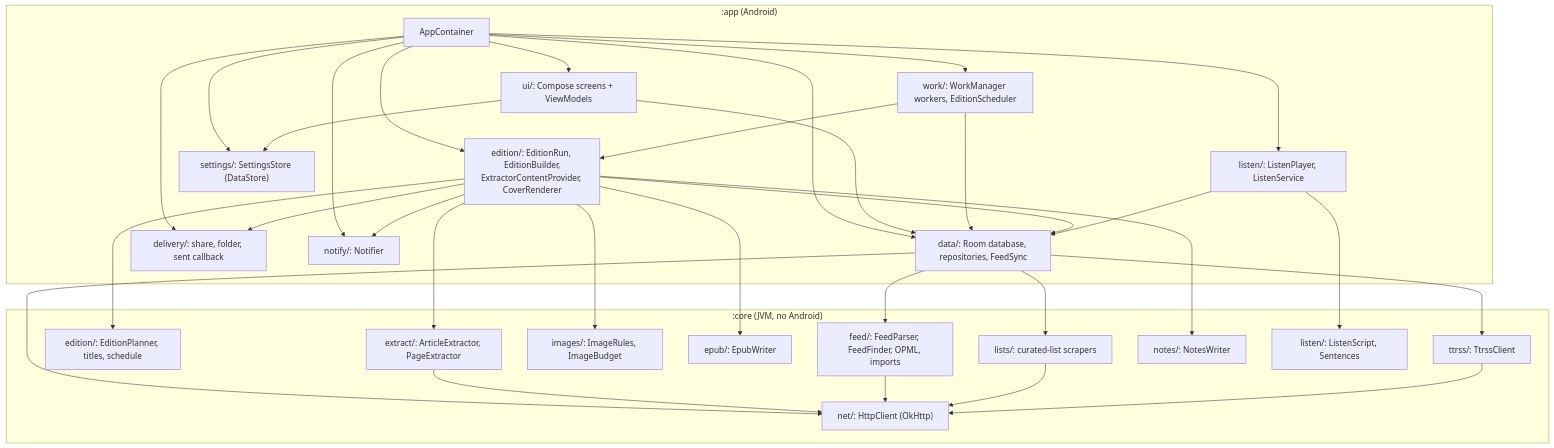
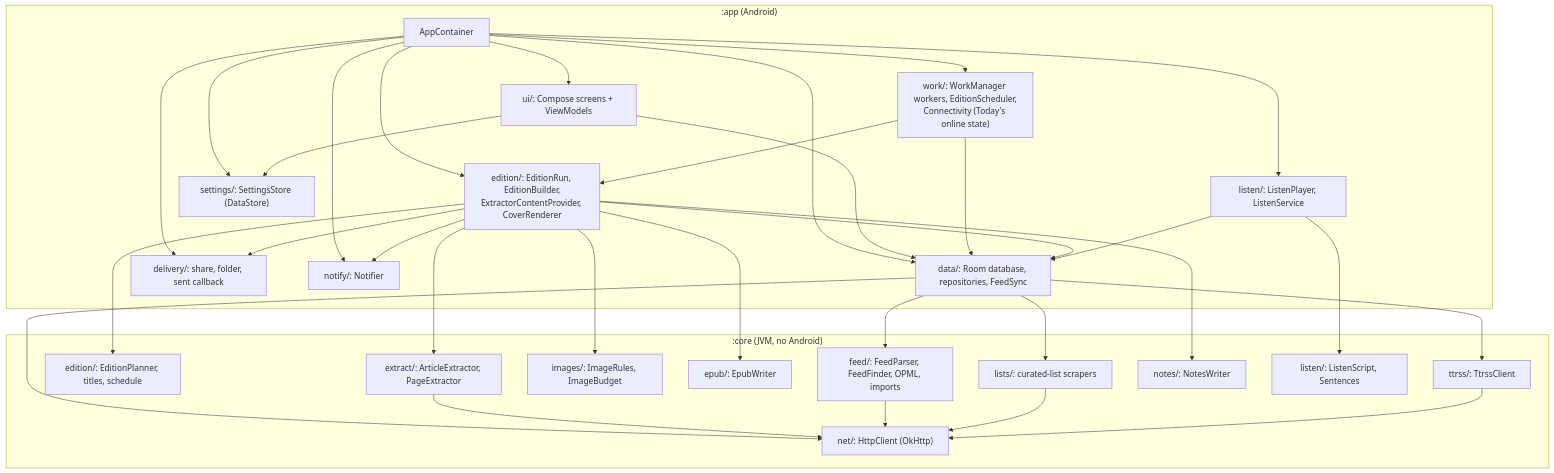
One commit to madCode/newspaperss changed the first of 7 diagrams in docs/ARCHITECTURE.md. Above: the diagram before and after it, drawn with Mermaid. The commit also changed other lines of this file and 32 other files, not shown here.

````diff
--- a/docs/ARCHITECTURE.md
+++ b/docs/ARCHITECTURE.md
@@ -19,33 +19,33 @@
 ```mermaid
 flowchart TB
     subgraph app[":app (Android)"]
         ui["ui/: Compose screens + ViewModels"]
-        work["work/: WorkManager workers, EditionScheduler"]
+        work["work/: WorkManager workers, EditionScheduler,<br/>Connectivity (Today's online state)"]
         edition["edition/: EditionRun, EditionBuilder,<br/>ExtractorContentProvider, CoverRenderer"]
         data["data/: Room database, repositories, FeedSync"]
         delivery["delivery/: share, folder, sent callback"]
         settings["settings/: SettingsStore (DataStore)"]
         notify["notify/: Notifier"]
         listen["listen/: ListenPlayer, ListenService"]
         container["AppContainer"]
     end
     subgraph core[":core (JVM, no Android)"]
         feed["feed/: FeedParser, FeedFinder, OPML, imports"]
         plan["edition/: EditionPlanner, titles, schedule"]
         extract["extract/: ArticleExtractor, PageExtractor"]
         images["images/: ImageRules, ImageBudget"]
         epub["epub/: EpubWriter"]
         lists["lists/: curated-list scrapers"]
         ttrss["ttrss/: TtrssClient"]
         notes["notes/: NotesWriter"]
         listenScript["listen/: ListenScript, Sentences"]
         net["net/: HttpClient (OkHttp)"]
     end
     container --> ui & work & edition & data & delivery & settings & notify & listen
     ui --> data & settings
     work --> edition & data
     edition --> data & delivery & notify & plan & extract & images & epub & notes
     listen --> data & listenScript
     data --> feed & lists & ttrss & net
     extract & feed & lists & ttrss --> net
 ```
````
